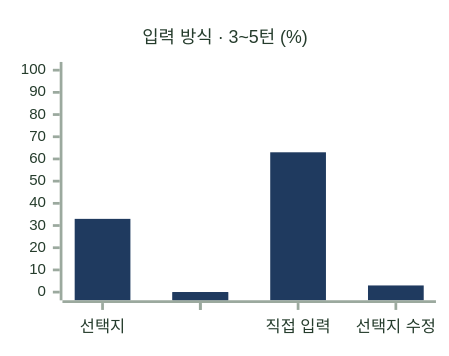
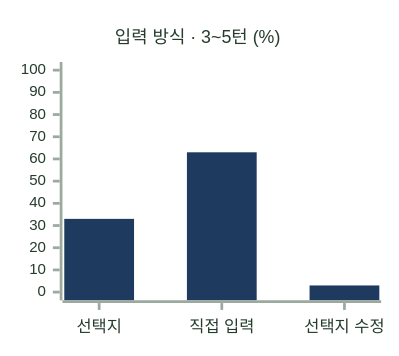
The ninth of 16 diagrams in docs/AI/CHAT/6-4-AI-EVALUATION-METHOD.md (KIM-N-KANG/knk-harness), drawn with Mermaid before and after one commit. The commit also changed other lines of this file, not shown here.

````diff
--- a/docs/AI/CHAT/6-4-AI-EVALUATION-METHOD.md
+++ b/docs/AI/CHAT/6-4-AI-EVALUATION-METHOD.md
@@ -167,8 +167,8 @@
 ```mermaid
-%%{init: {"theme": "base", "xyChart": {"width": 308, "height": 240, "titleFontSize": 13, "xAxis": {"labelFontSize": 12}, "yAxis": {"labelFontSize": 11, "showTitle": false}}, "themeVariables": {"xyChart": {"backgroundColor": "#FFFFFF", "titleColor": "#253C2C", "xAxisLabelColor": "#253C2C", "xAxisLineColor": "#9BA99E", "xAxisTickColor": "#9BA99E", "yAxisLabelColor": "#253C2C", "yAxisLineColor": "#9BA99E", "yAxisTickColor": "#9BA99E", "plotColorPalette": "#1F3A5F"}}}}%%
+%%{init: {"theme": "base", "xyChart": {"width": 268, "height": 240, "titleFontSize": 13, "xAxis": {"labelFontSize": 12}, "yAxis": {"labelFontSize": 11, "showTitle": false}}, "themeVariables": {"xyChart": {"backgroundColor": "#FFFFFF", "titleColor": "#253C2C", "xAxisLabelColor": "#253C2C", "xAxisLineColor": "#9BA99E", "xAxisTickColor": "#9BA99E", "yAxisLabelColor": "#253C2C", "yAxisLineColor": "#9BA99E", "yAxisTickColor": "#9BA99E", "plotColorPalette": "#1F3A5F"}}}}%%
 xychart-beta
     title "입력 방식 · 3~5턴 (%)"
-    x-axis ["선택지", " ", "직접 입력", "  ", "선택지 수정"]
+    x-axis ["선택지", "직접 입력", "선택지 수정"]
     y-axis 0 --> 100
-    bar [33, 0, 63, 0, 3]
+    bar [33, 63, 3]
 ```
````
